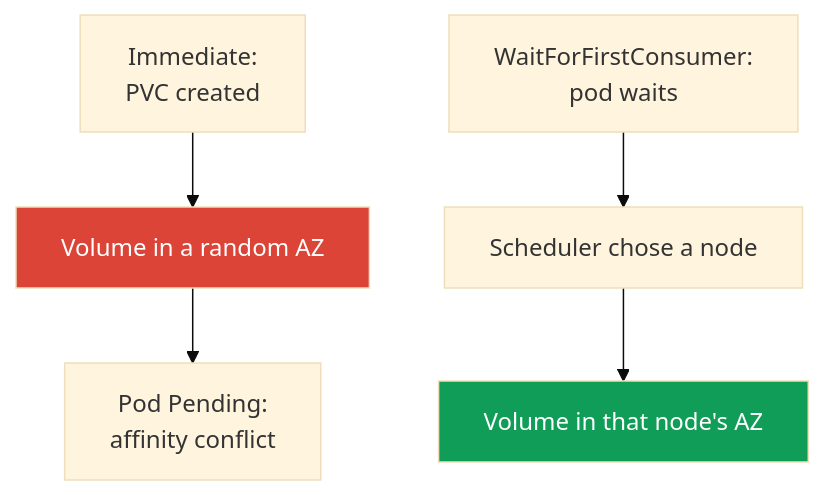
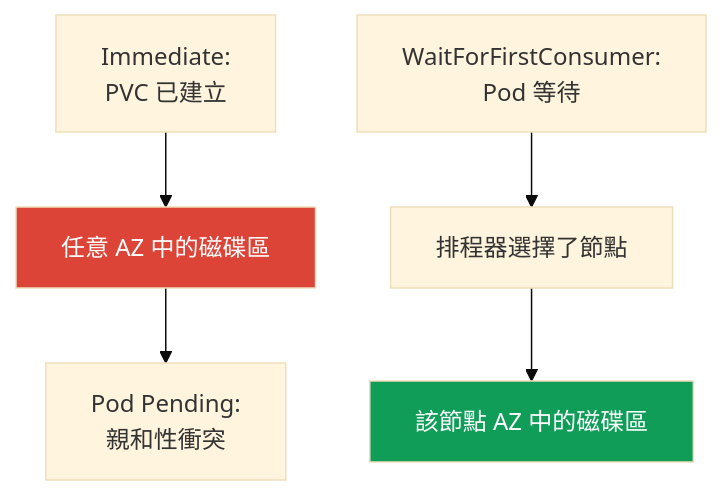
Before and after one commit to ViktorUJ/cks: the first of 2 diagrams in tasks/eks/course/23/tw.md, drawn with Mermaid (base theme). The commit also changed other lines of this file and 534 other files, not shown here.

````diff
--- a/tasks/eks/course/23/tw.md
+++ b/tasks/eks/course/23/tw.md
@@ -103,9 +103,9 @@
 ```mermaid
 flowchart TB
-    pvc1["Immediate:<br/>PVC created"] --> vol1["Volume in a random AZ"]
-    vol1 --> pod1["Pod Pending:<br/>affinity conflict"]
-    pod2["WaitForFirstConsumer:<br/>pod waits"] --> node2["Scheduler chose a node"]
-    node2 --> vol2["Volume in that node's AZ"]
+    pvc1["Immediate:<br/>PVC 已建立"] --> vol1["任意 AZ 中的磁碟區"]
+    vol1 --> pod1["Pod Pending:<br/>親和性衝突"]
+    pod2["WaitForFirstConsumer:<br/>Pod 等待"] --> node2["排程器選擇了節點"]
+    node2 --> vol2["該節點 AZ 中的磁碟區"]
     style vol1 fill:#db4437,color:#fff
     style vol2 fill:#0f9d58,color:#fff
 ```
````
